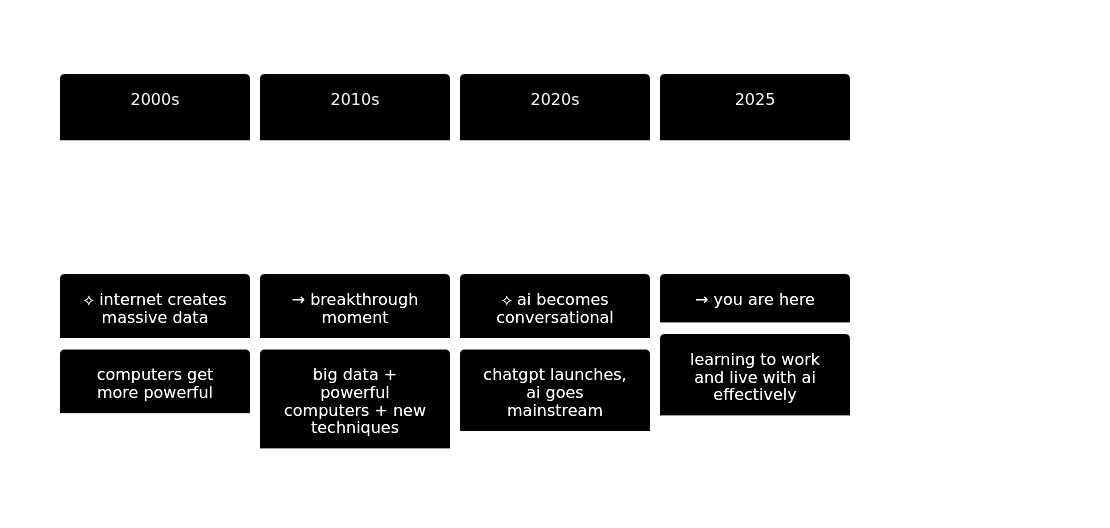
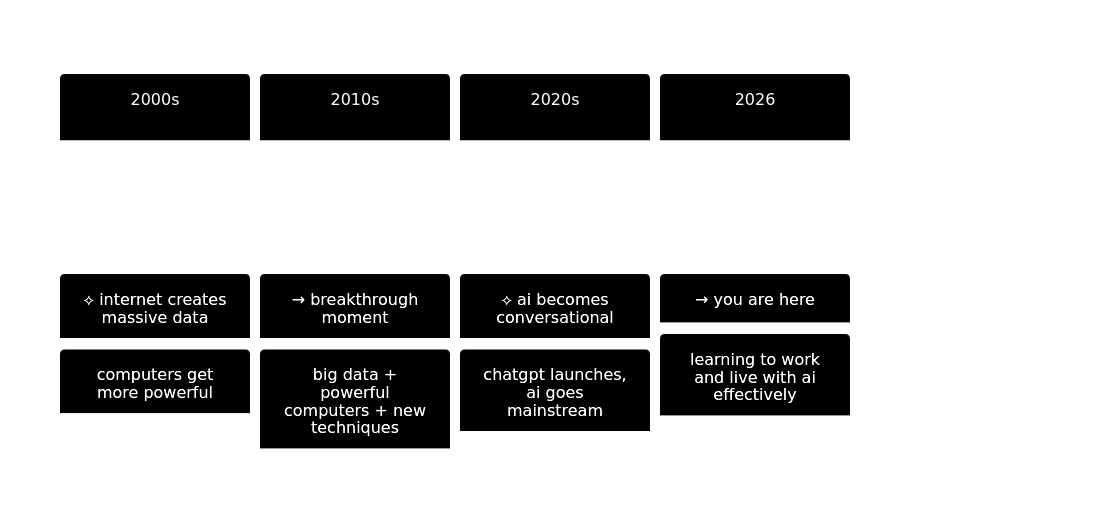
One commit to ninabrenes/ai-for-normal-people changed the second of 2 diagrams in ai-basics.md. Above: the diagram before and after it, drawn with Mermaid. The commit also changed other lines of this file, not shown here.

````diff
--- a/ai-basics.md
+++ b/ai-basics.md
@@ -52,13 +52,13 @@
 ```mermaid
 %%{init: {'theme':'base', 'themeVariables': { 'primaryColor': '#0b1643', 'primaryTextColor': '#ffffff', 'lineColor': '#6a8280'}}}%%
 timeline
     title → the path to everyday ai
     2000s : ⟡ internet creates massive data
           : computers get more powerful
     2010s : → breakthrough moment
           : big data + powerful computers + new techniques
     2020s : ⟡ ai becomes conversational
           : chatgpt launches, ai goes mainstream
-    2025  : → you are here
+    2026  : → you are here
           : learning to work and live with ai effectively
 ```
````
